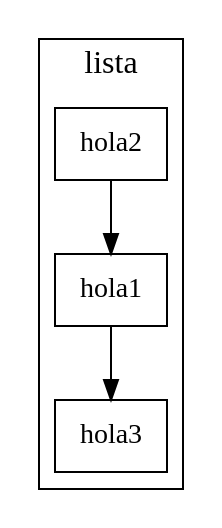
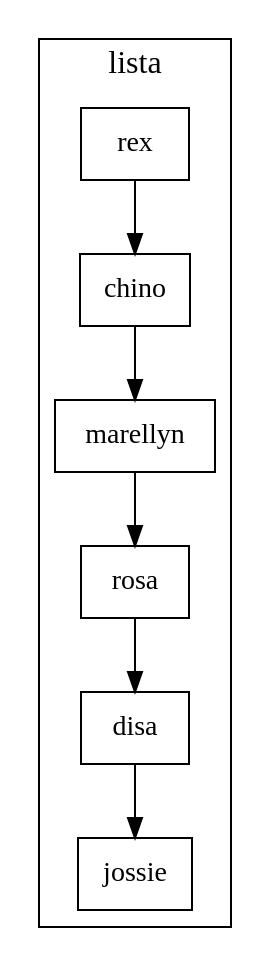
The diagram in Estructuras/Reporte/lista.dot (jossiebk/Practica2s12017_201313692), drawn with Graphviz before and after one commit. The commit also changed 5 other files, not shown here.

```diff
--- a/Estructuras/Reporte/lista.dot
+++ b/Estructuras/Reporte/lista.dot
@@ -1,9 +1,12 @@
 digraph Lista{
 	 node[shape=record];
 	 subgraph clusterList {
 	 label= "lista";
 	 fontsize = 16;
-	hola2->hola1
-	hola1->hola3
+	rex->chino
+	chino->marellyn
+	marellyn->rosa
+	rosa->disa
+	disa->jossie
 	 } 
 }
```
